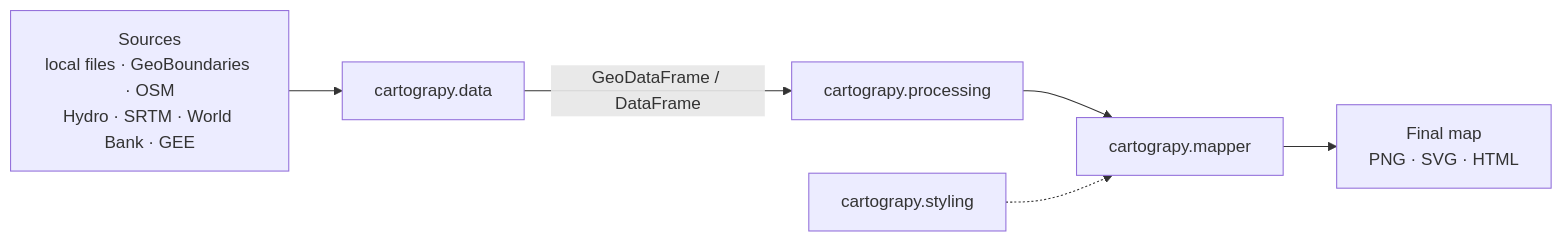
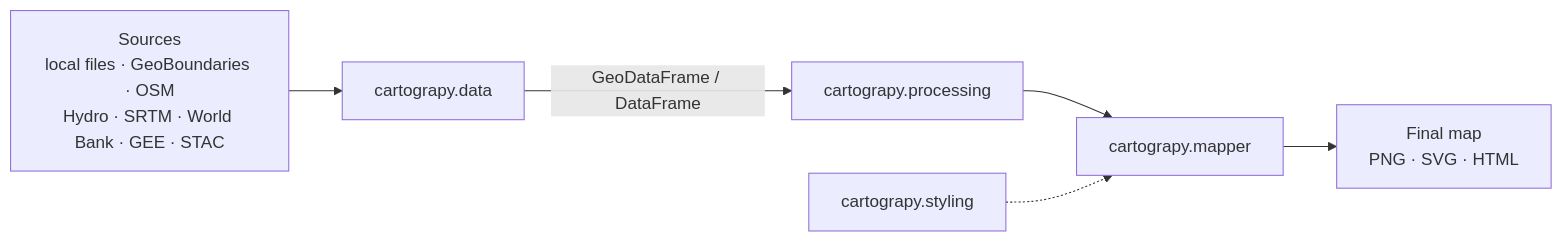
One commit to Mr-KAM/cartograpy changed the first of 2 diagrams in README.md. Above: the diagram before and after it, drawn with Mermaid. The commit also changed other lines of this file and 73 other files, not shown here.

````diff
--- a/README.md
+++ b/README.md
@@ -53,8 +67,8 @@
 ```mermaid
 flowchart LR
-    S["Sources<br/>local files · GeoBoundaries · OSM<br/>Hydro · SRTM · World Bank · GEE"] --> D["cartograpy.data"]
+    S["Sources<br/>local files · GeoBoundaries · OSM<br/>Hydro · SRTM · World Bank · GEE · STAC"] --> D["cartograpy.data"]
     D -->|"GeoDataFrame / DataFrame"| P["cartograpy.processing"]
     P --> M["cartograpy.mapper"]
     ST["cartograpy.styling"] -.-> M
     M --> O["Final map<br/>PNG · SVG · HTML"]
 ```
````
